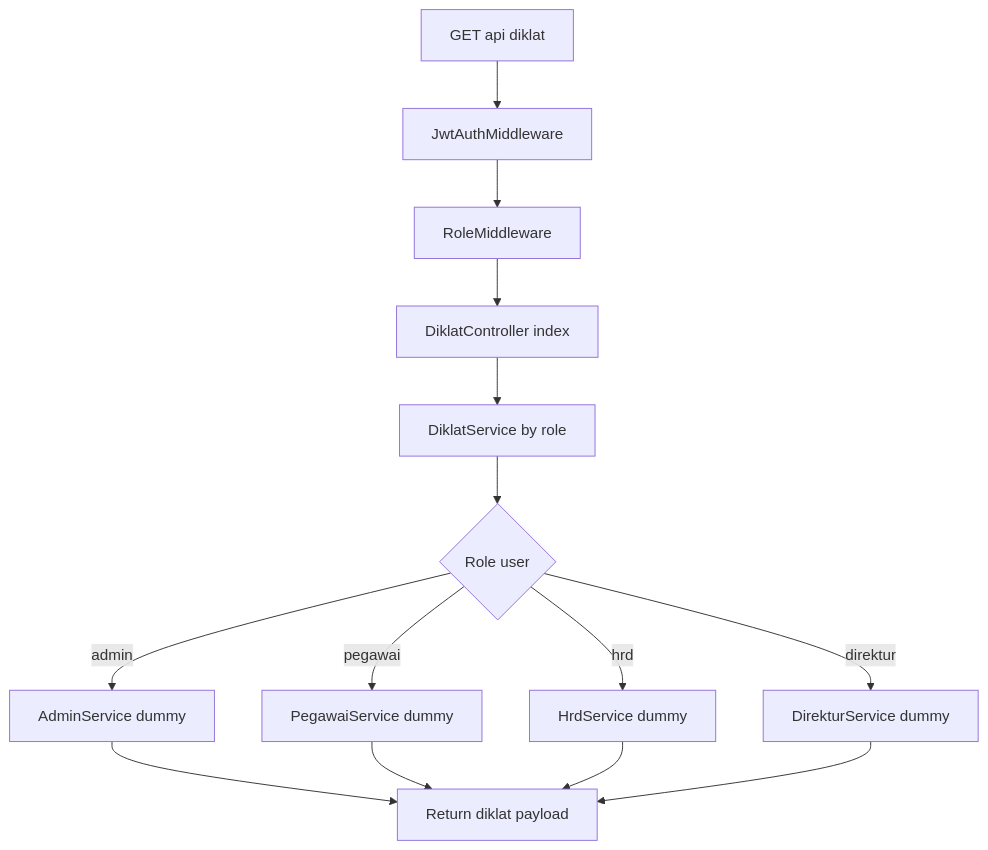
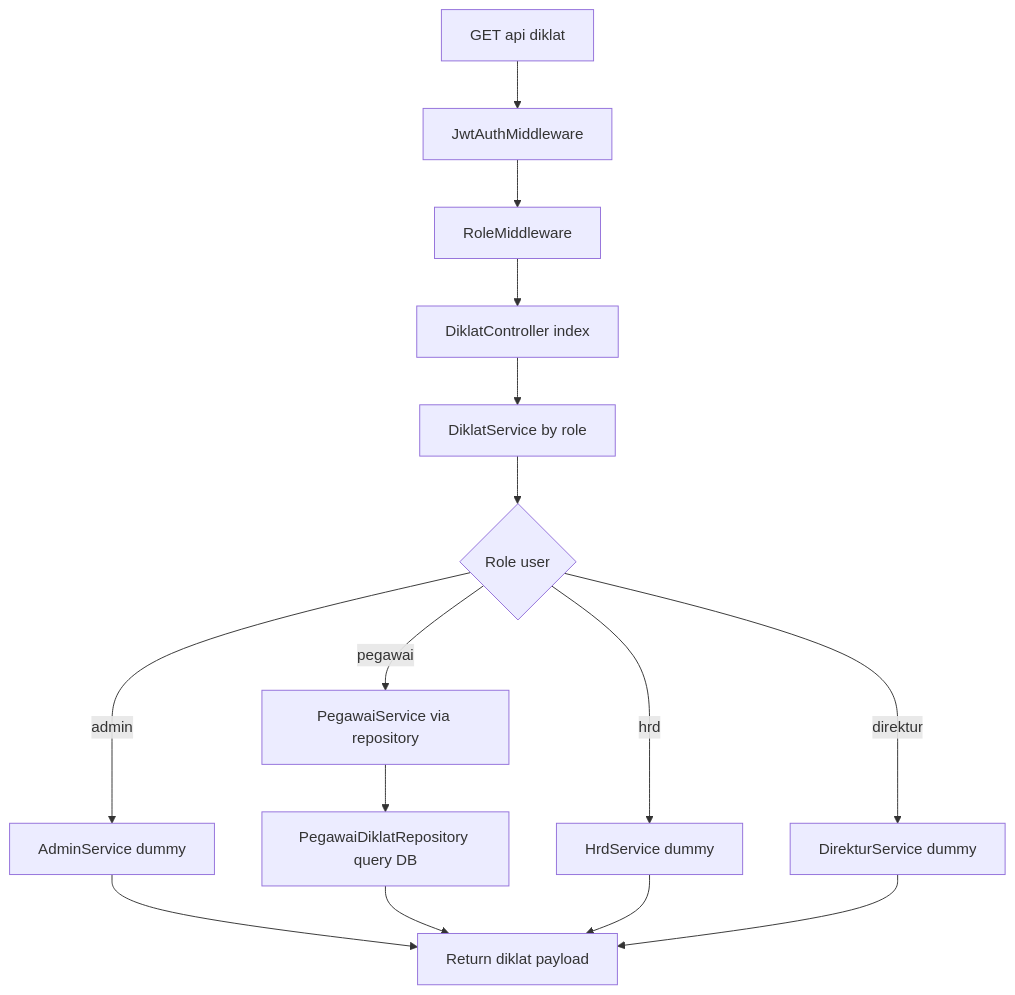
Before and after one commit to widy4aa/BE-SIMPEG-RSKALISAT: diagram 17 of 20 in dokumentasi/dokumentasi_app.md, drawn with Mermaid. The commit also changed other lines of this file and 10 other files, not shown here.

Commit message:
feat: sync diklat data flow and documentation

````diff
--- a/dokumentasi/dokumentasi_app.md
+++ b/dokumentasi/dokumentasi_app.md
@@ -751,16 +773,17 @@
 ```mermaid
 flowchart TD
 	A[GET api diklat] --> B[JwtAuthMiddleware]
 	B --> C[RoleMiddleware]
 	C --> D[DiklatController index]
 	D --> E[DiklatService by role]
 	E --> F{Role user}
 	F -- admin --> G[AdminService dummy]
-	F -- pegawai --> H[PegawaiService dummy]
+	F -- pegawai --> H[PegawaiService via repository]
 	F -- hrd --> I[HrdService dummy]
 	F -- direktur --> J[DirekturService dummy]
+	H --> H1[PegawaiDiklatRepository query DB]
 	G --> K[Return diklat payload]
-	H --> K
+	H1 --> K
 	I --> K
 	J --> K
 ```
````
